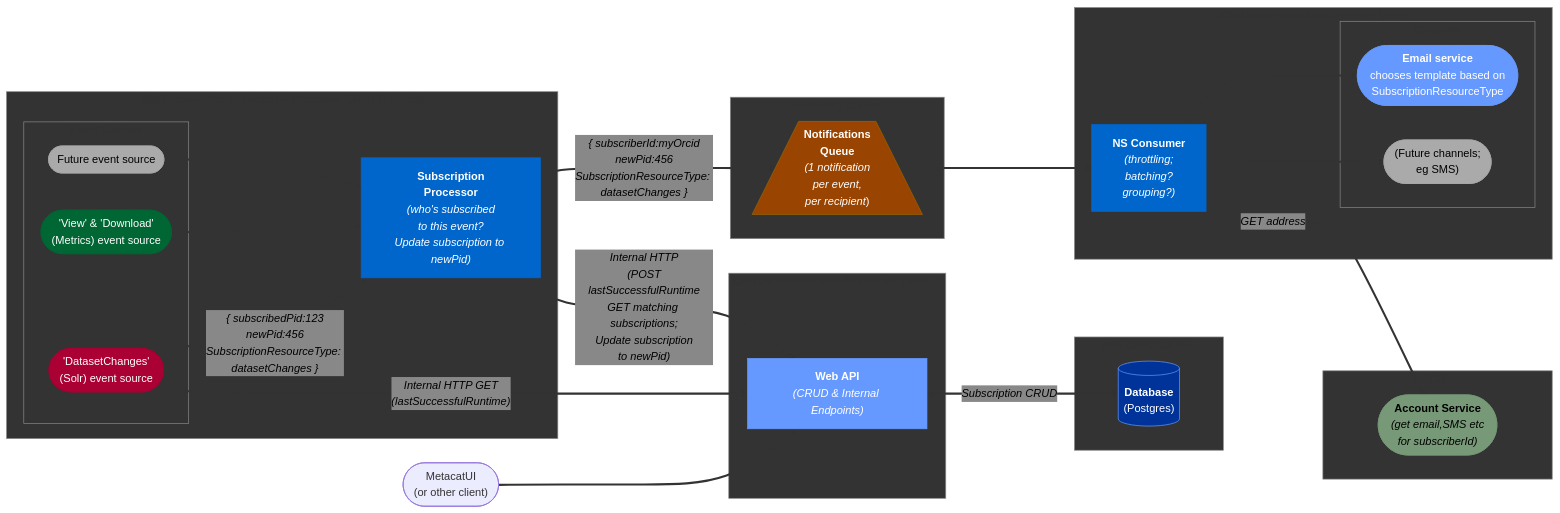
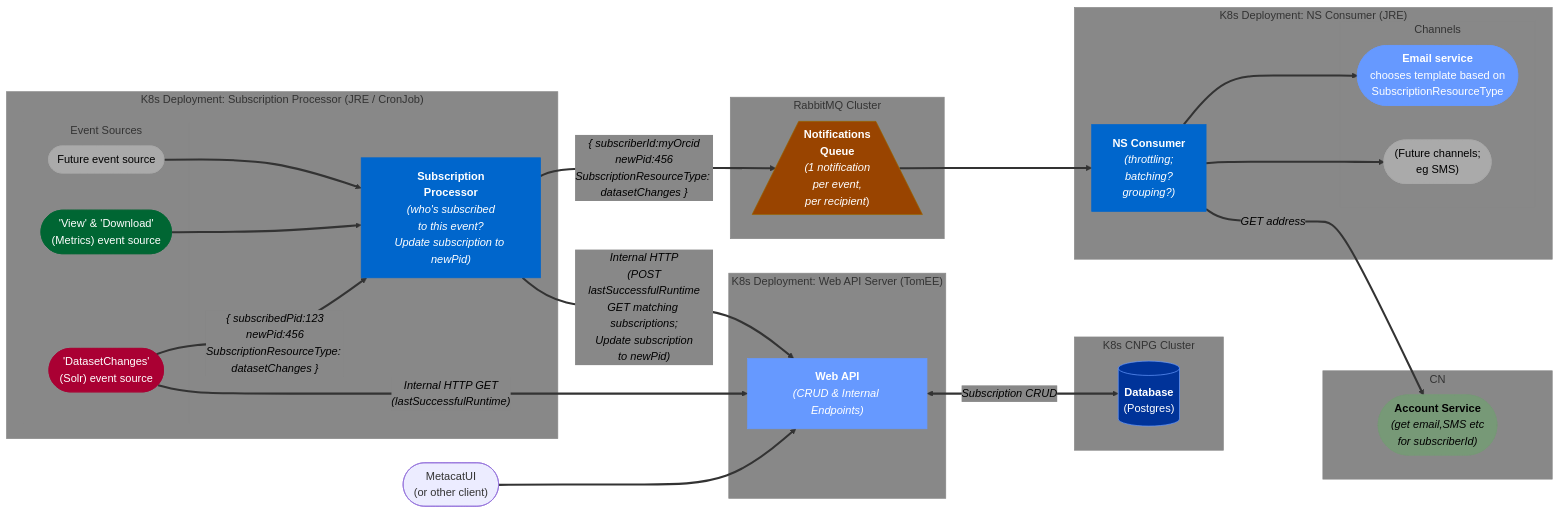
One commit to DataONEorg/notification-service changed the diagram in docs/architecture.mmd. Above: the diagram before and after it, drawn with Mermaid.

Commit message:
Update cluster background color in architecture doc
Changed cluster background color from dark to light gray.

```diff
--- a/docs/architecture.mmd
+++ b/docs/architecture.mmd
@@ -1,71 +1,71 @@
 ---
 config:
   themeVariables:
     clusterBorder: "#888888"
-    clusterBkg: "#333333"
+    clusterBkg: "#888888"
     edgeLabelBackground: "#888888"
 ---
 flowchart LR
 %%    subgraph background["Notification Service Architecture"]
         direction LR
 
         subgraph RabbitMQ Cluster
             Q["<b>Notifications<br/>Queue</b><br/><em>(1 notification<br/>per event,<br/>per recipient</em>)"]@{ shape: trapezoid-bottom }
         end
 
         subgraph "CN"
             account-svc(["<b>Account Service</b><br/><em>(get email,SMS etc<br/>for subscriberId)</em>"])
         end
 
         subgraph K8s CNPG Cluster
             DB["<b>Database</b><br/>(Postgres)"]@{ shape: cylinder }
         end
 
         subgraph "K8s Deployment: Web API Server (TomEE)"
             web-api["<b>Web API</b><br/><em>(CRUD & Internal Endpoints)</em>"]
         end
 
         subgraph "K8s Deployment: Subscription Processor (JRE / CronJob)"
             subgraph "Event Sources"
                 ds-src(["'DatasetChanges'<br/>(Solr) event source"])
                 mtrx-src(["'View' & 'Download'<br/>(Metrics) event source"])
                 fut-src(["Future event source"])
             end
             subs-proc["<b>Subscription<br/>Processor</b><br/><em>(who's subscribed<br/>to this event?<br/>Update subscription to newPid)</em>"]
         end
 
         subgraph "K8s Deployment: NS Consumer (JRE)"
             consumer["<b>NS Consumer</b><br/><em>(throttling;<br/>batching?<br/>grouping?)</em>"]
             subgraph Channels
                 email-svc(["<b>Email service</b><br/>chooses template based on<br/>SubscriptionResourceType"])
                 fut-channel(["(Future channels;<br/>eg SMS)"])
             end
         end
 
         metacatui(["MetacatUI<br/>(or other client)"]) --> web-api
         subs-proc -- "{ subscriberId:myOrcid<br/>newPid:456<br/>SubscriptionResourceType: datasetChanges }" --> Q
         consumer -- "GET address" --> account-svc
         Q --> consumer
         consumer --> fut-channel
         consumer --> email-svc
         ds-src -- "{ subscribedPid:123<br/>newPid:456<br/>SubscriptionResourceType: datasetChanges }" --> subs-proc
         mtrx-src --> subs-proc
         fut-src --> subs-proc
         ds-src -- "Internal HTTP GET<br/>(lastSuccessfulRuntime)" --> web-api
         subs-proc -- "Internal HTTP<br/>(POST<br/>lastSuccessfulRuntime<br/>GET matching subscriptions;<br/>Update subscription<br/>to newPid)" --> web-api
         web-api <-- Subscription CRUD --> DB
 
 %%    end
 
     linkStyle default stroke-width:3px,color:#000000,font-style:italic
     style ds-src color:#FFFFFF, stroke:#AA0033, fill:#AA0033
     style mtrx-src color:#FFFFFF, stroke:#006633, fill:#006633
     style subs-proc color:#FFFFFF, stroke:#0066CC, fill:#0066CC
     style Q color:#FFFFFF, stroke:#996600, fill:#994400
     style consumer color:#FFFFFF, stroke:#0066CC, fill:#0066CC
     style email-svc color:#FFFFFF, stroke:#6699FF, fill:#6699FF
     style web-api color:#FFFFFF, stroke:#6699FF, fill:#6699FF
     style fut-channel color:#000000, stroke:#aaaaaa, fill:#aaaaaa
     style fut-src color:#000000, stroke:#aaaaaa, fill:#aaaaaa
     style DB color:#FFFFFF, stroke:#6699FF, fill:#003399
     style account-svc color:#000000, stroke:#779977, fill:#779977
```
